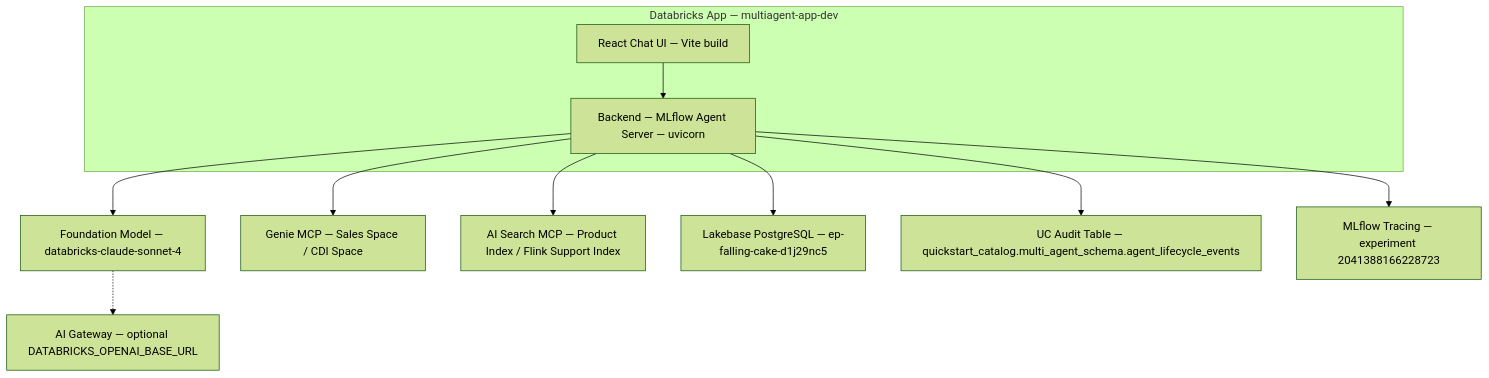
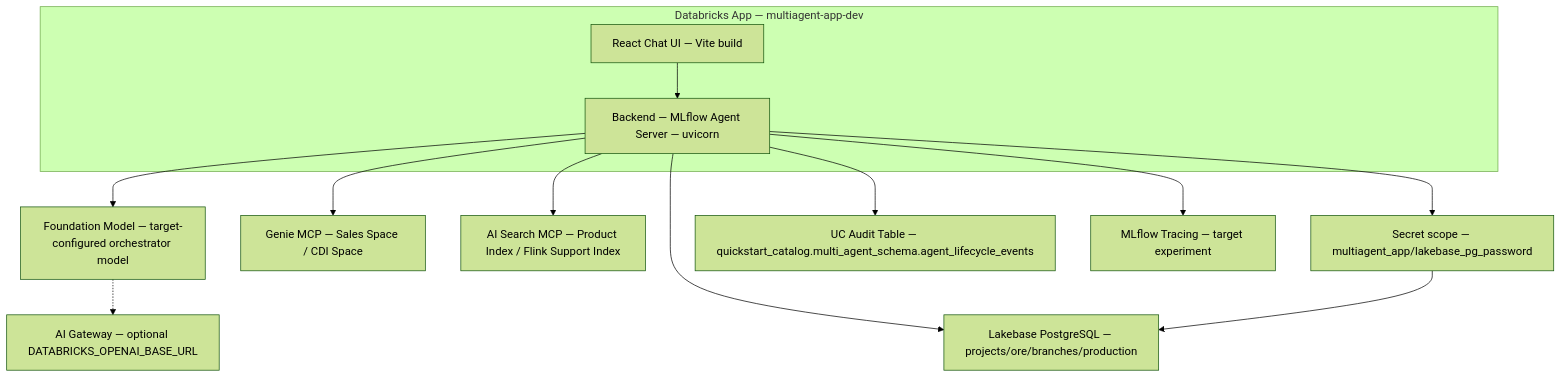
One commit to wchen-dea/Governed-Multi-Agent-Intelligence-on-Databricks changed the second of 3 diagrams in docs/architecture/design-artifacts/05-deployment-high-level.md. Above: the diagram before and after it, drawn with Mermaid (forest theme). The commit also changed other lines of this file and 33 other files, not shown here.

````diff
--- a/docs/architecture/design-artifacts/05-deployment-high-level.md
+++ b/docs/architecture/design-artifacts/05-deployment-high-level.md
@@ -20,16 +20,18 @@
 ```mermaid
 flowchart TB
     subgraph DatabricksApp[Databricks App — multiagent-app-dev]
         FE[React Chat UI — Vite build]
         BE[Backend — MLflow Agent Server — uvicorn]
     end
 
     FE --> BE
-    BE --> FM[Foundation Model — databricks-claude-sonnet-4]
+    BE --> FM[Foundation Model — target-configured orchestrator model]
     FM -.-> AIGW[AI Gateway — optional DATABRICKS_OPENAI_BASE_URL]
     BE --> GENIE[Genie MCP — Sales Space / CDI Space]
     BE --> AIS[AI Search MCP — Product Index / Flink Support Index]
-    BE --> LB[Lakebase PostgreSQL — ep-falling-cake-d1j29nc5]
+    BE --> LB[Lakebase PostgreSQL — projects/ore/branches/production]
+    BE --> SEC[Secret scope — multiagent_app/lakebase_pg_password]
     BE --> AUD[UC Audit Table — quickstart_catalog.multi_agent_schema.agent_lifecycle_events]
-    BE --> OBS[MLflow Tracing — experiment 2041388166228723]
+    BE --> OBS[MLflow Tracing — target experiment]
+    SEC --> LB
 ```
````
